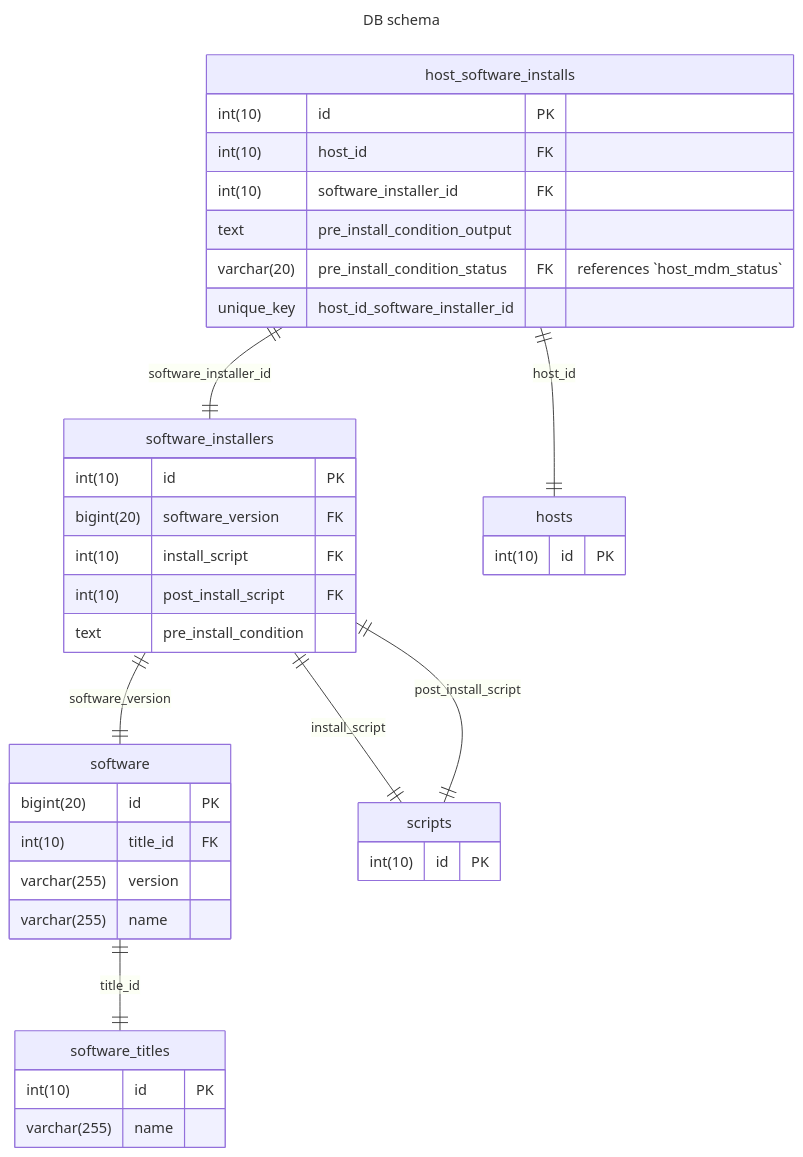
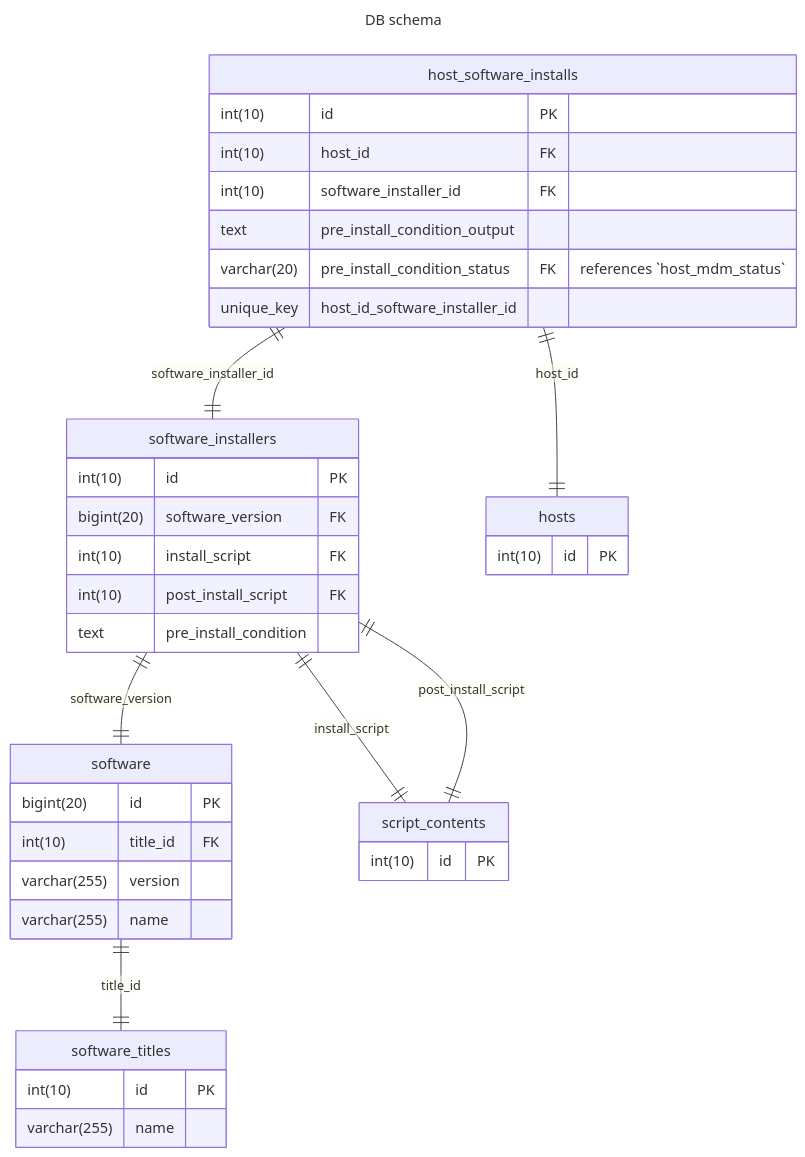
Before and after one commit to fleetdm/fleet: the second of 2 diagrams in docs/Contributing/research/mdm/software-manage-lifecycle.md, drawn with Mermaid.

````diff
--- a/docs/Contributing/research/mdm/software-manage-lifecycle.md
+++ b/docs/Contributing/research/mdm/software-manage-lifecycle.md
@@ -39,49 +39,49 @@
 ```mermaid
 ---
 title: DB schema
 ---
 erDiagram
   software_installers ||--|| software : "software_version"
-  software_installers ||--|| scripts : "install_script"
-  software_installers ||--|| scripts : "post_install_script"
+  software_installers ||--|| script_contents : "install_script"
+  software_installers ||--|| script_contents : "post_install_script"
   software_installers {
     int(10) id PK
     bigint(20) software_version FK
     int(10) install_script FK
     int(10) post_install_script FK
     text pre_install_condition
   }
 
   host_software_installs ||--|| hosts : "host_id"
   host_software_installs ||--|| software_installers : "software_installer_id"
   host_software_installs {
     int(10) id PK
     int(10) host_id FK
     int(10) software_installer_id FK
     text pre_install_condition_output
     varchar(20) pre_install_condition_status FK "references `host_mdm_status`"
 
     unique_key host_id_software_installer_id
   }
 
-  scripts {
+  script_contents {
     int(10) id PK
   }
 
   software ||--|| software_titles : "title_id"
   software {
     bigint(20) id PK 
     int(10) title_id FK
     varchar(255) version
     varchar(255) name
   }
 
   software_titles {
     int(10) id PK
     varchar(255) name
   }
 
   hosts {
     int(10) id PK
   }
 ```
````
